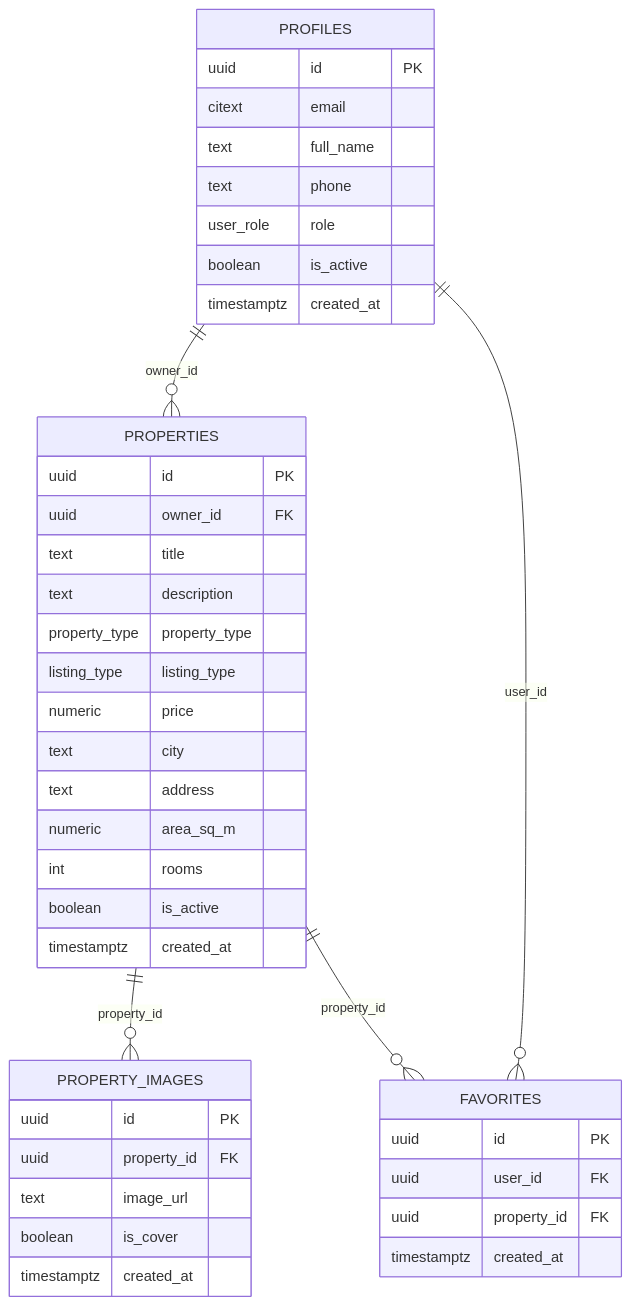
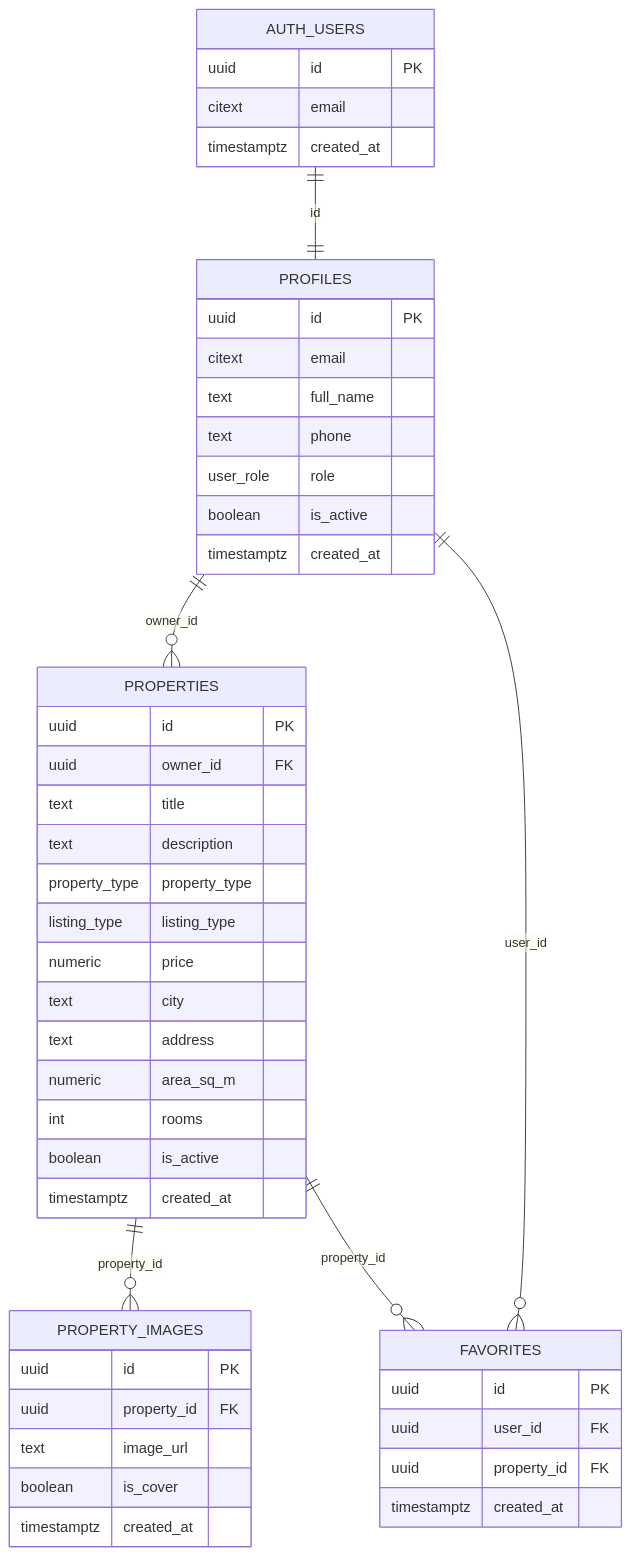
One commit to dkoravski/PropertyMarket changed the diagram in README.md. Above: the diagram before and after it, drawn with Mermaid. The commit also changed other lines of this file, not shown here.

Commit message:
Update README.md to clarify database schema and add details for AUTH_USERS table

````diff
--- a/README.md
+++ b/README.md
@@ -47,48 +47,55 @@
 ```mermaid
 erDiagram
+	AUTH_USERS ||--|| PROFILES : "id"
 	PROFILES ||--o{ PROPERTIES : "owner_id"
 	PROPERTIES ||--o{ PROPERTY_IMAGES : "property_id"
 	PROFILES ||--o{ FAVORITES : "user_id"
 	PROPERTIES ||--o{ FAVORITES : "property_id"
+
+	AUTH_USERS {
+		uuid id PK
+		citext email
+		timestamptz created_at
+	}
 
 	PROFILES {
 		uuid id PK
 		citext email
 		text full_name
 		text phone
 		user_role role
 		boolean is_active
 		timestamptz created_at
 	}
 
 	PROPERTIES {
 		uuid id PK
 		uuid owner_id FK
 		text title
 		text description
 		property_type property_type
 		listing_type listing_type
 		numeric price
 		text city
 		text address
 		numeric area_sq_m
 		int rooms
 		boolean is_active
 		timestamptz created_at
 	}
 
 	PROPERTY_IMAGES {
 		uuid id PK
 		uuid property_id FK
 		text image_url
 		boolean is_cover
 		timestamptz created_at
 	}
 
 	FAVORITES {
 		uuid id PK
 		uuid user_id FK
 		uuid property_id FK
 		timestamptz created_at
 	}
 ```
````
